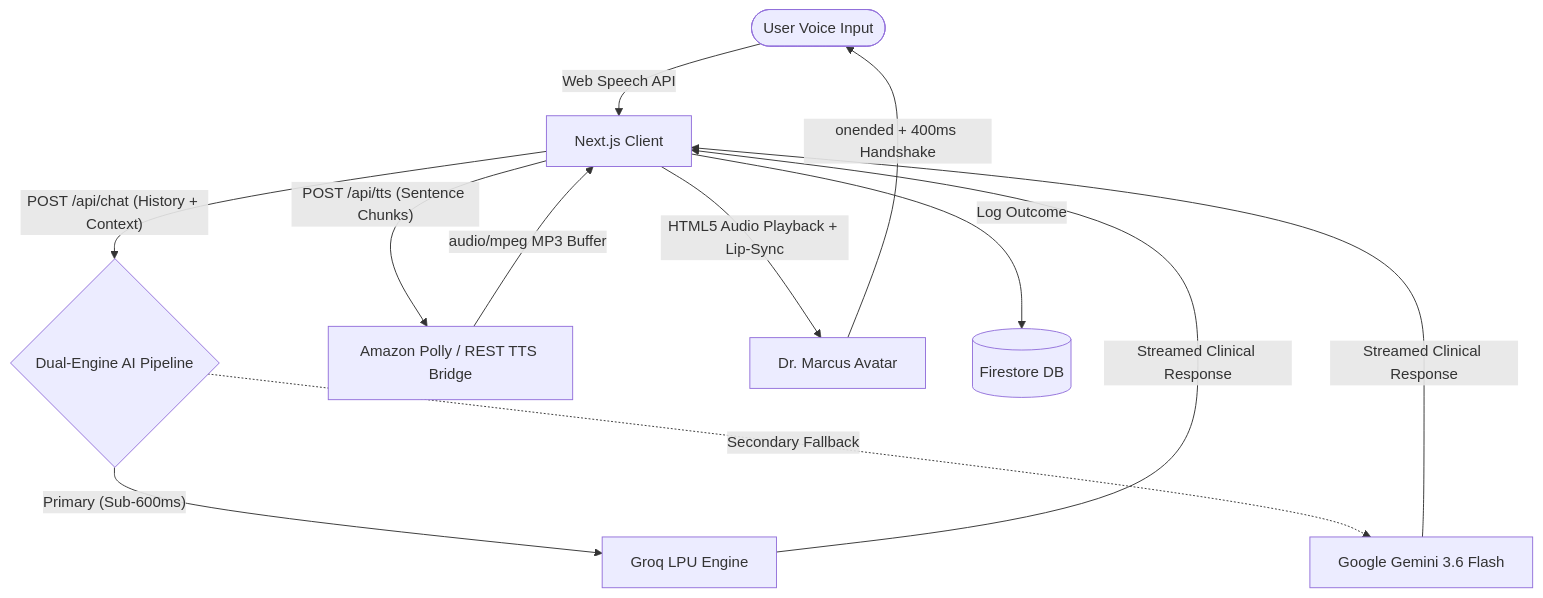
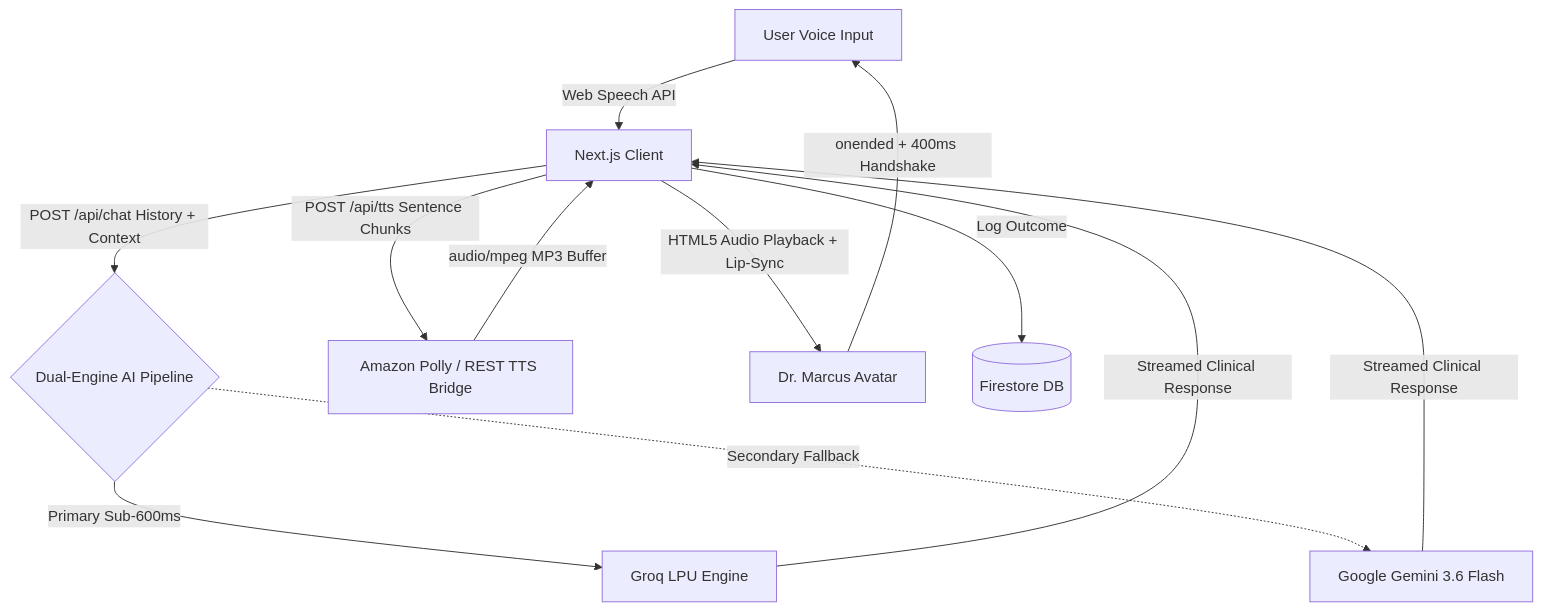
The diagram in README.md (sayakbhattasali/mind-reset-ai), drawn with Mermaid before and after one commit.

Commit message:
Update architecture diagram to flowchart TD in README.md

````diff
--- a/README.md
+++ b/README.md
@@ -59,14 +59,14 @@
 ```mermaid
-graph TD
-    User(["User Voice Input"]) -->|"Web Speech API"| Client["Next.js Client"]
-    Client -->|"POST /api/chat (History + Context)"| Engine{"Dual-Engine AI Pipeline"}
-    Engine -->|"Primary (Sub-600ms)"| GroqServer["Groq LPU Engine"]
-    Engine -.->|"Secondary Fallback"| GeminiServer["Google Gemini 3.6 Flash"]
-    GroqServer -->|"Streamed Clinical Response"| Client
-    GeminiServer -->|"Streamed Clinical Response"| Client
-    Client -->|"POST /api/tts (Sentence Chunks)"| TTSAPI["Amazon Polly / REST TTS Bridge"]
-    TTSAPI -->|"audio/mpeg MP3 Buffer"| Client
-    Client -->|"HTML5 Audio Playback + Lip-Sync"| Avatar["Dr. Marcus Avatar"]
-    Avatar -->|"onended + 400ms Handshake"| User
-    Client -->|"Log Outcome"| Firebase[("Firestore DB")]
+flowchart TD
+    User["User Voice Input"] -->|Web Speech API| Client["Next.js Client"]
+    Client -->|POST /api/chat History + Context| Engine{"Dual-Engine AI Pipeline"}
+    Engine -->|Primary Sub-600ms| GroqServer["Groq LPU Engine"]
+    Engine -.->|Secondary Fallback| GeminiServer["Google Gemini 3.6 Flash"]
+    GroqServer -->|Streamed Clinical Response| Client
+    GeminiServer -->|Streamed Clinical Response| Client
+    Client -->|POST /api/tts Sentence Chunks| TTSAPI["Amazon Polly / REST TTS Bridge"]
+    TTSAPI -->|audio/mpeg MP3 Buffer| Client
+    Client -->|HTML5 Audio Playback + Lip-Sync| Avatar["Dr. Marcus Avatar"]
+    Avatar -->|onended + 400ms Handshake| User
+    Client -->|Log Outcome| Firebase[("Firestore DB")]
 ```
````
